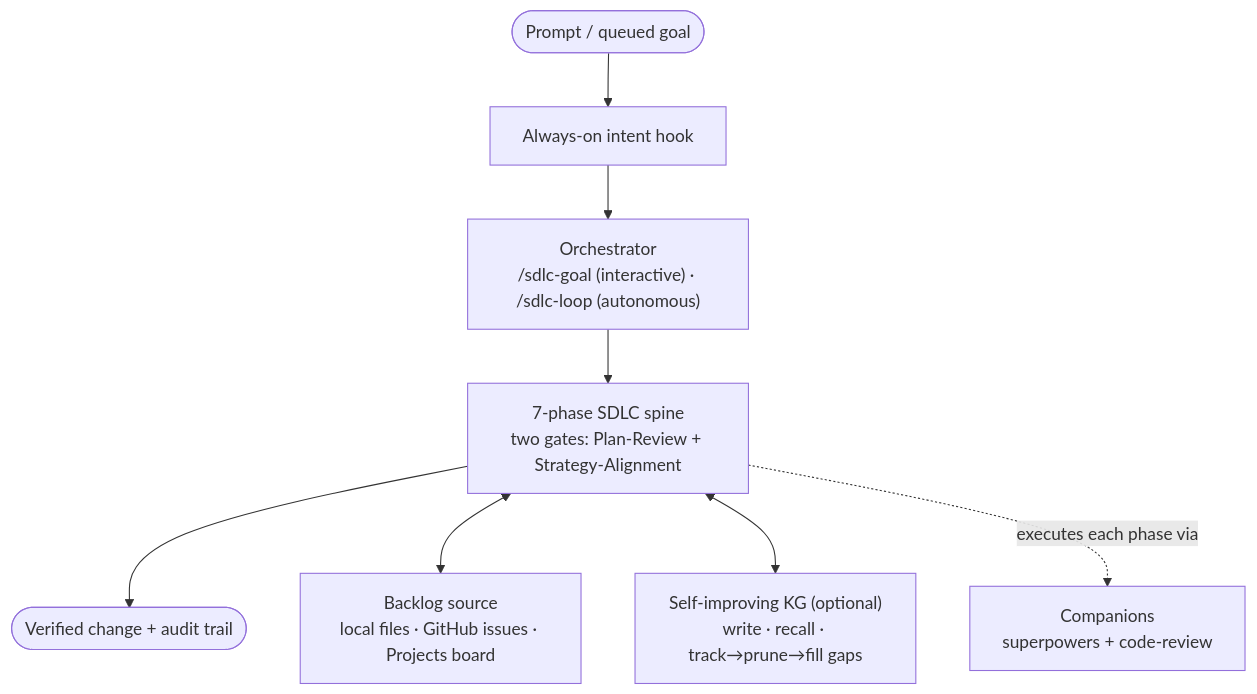
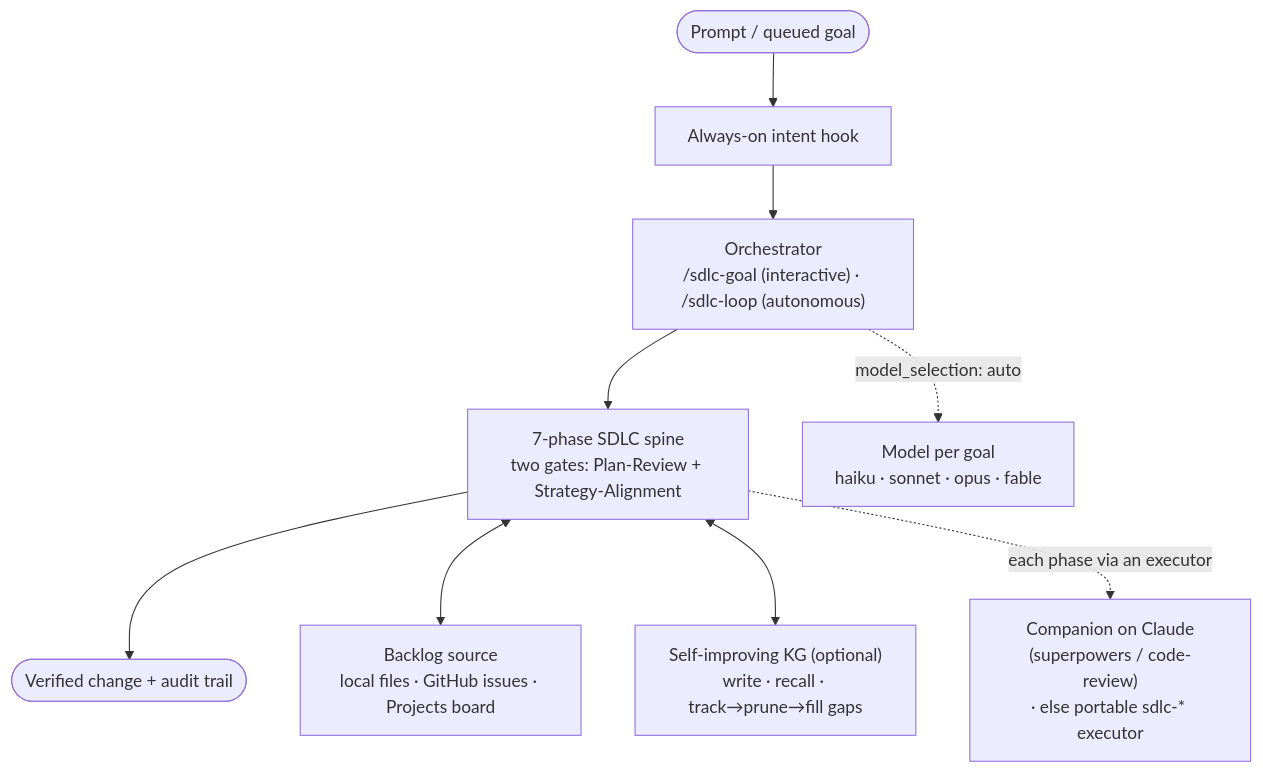
Before and after one commit to mstomar-ag/loopsmith: the first of 3 diagrams in README.md, drawn with Mermaid. The commit also changed other lines of this file, not shown here.

First line of the commit message:
docs: align README with current reality (portable executors, model-selection, optional companions)

````diff
--- a/README.md
+++ b/README.md
@@ -127,10 +129,11 @@
 ```mermaid
 flowchart TB
     PROMPT(["Prompt / queued goal"]) --> HOOK["Always-on intent hook"]
     HOOK --> ORCH["Orchestrator<br/>/sdlc-goal (interactive) · /sdlc-loop (autonomous)"]
     ORCH --> SPINE["7-phase SDLC spine<br/>two gates: Plan-Review + Strategy-Alignment"]
+    ORCH -.->|"model_selection: auto"| MDL["Model per goal<br/>haiku · sonnet · opus · fable"]
     SPINE --> OUT(["Verified change + audit trail"])
     SPINE <--> SRC["Backlog source<br/>local files · GitHub issues · Projects board"]
     SPINE <--> KG["Self-improving KG (optional)<br/>write · recall · track→prune→fill gaps"]
-    SPINE -.->|"executes each phase via"| COMP["Companions<br/>superpowers + code-review"]
+    SPINE -.->|"each phase via an executor"| COMP["Companion on Claude<br/>(superpowers / code-review)<br/>· else portable sdlc-* executor"]
 ```
````
